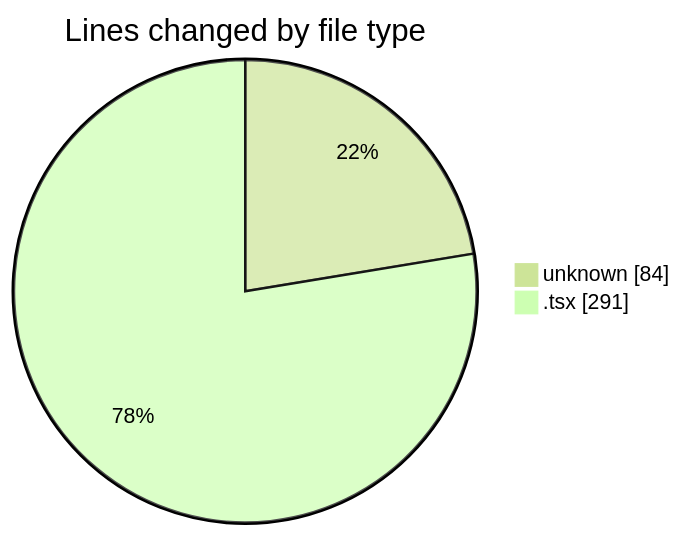
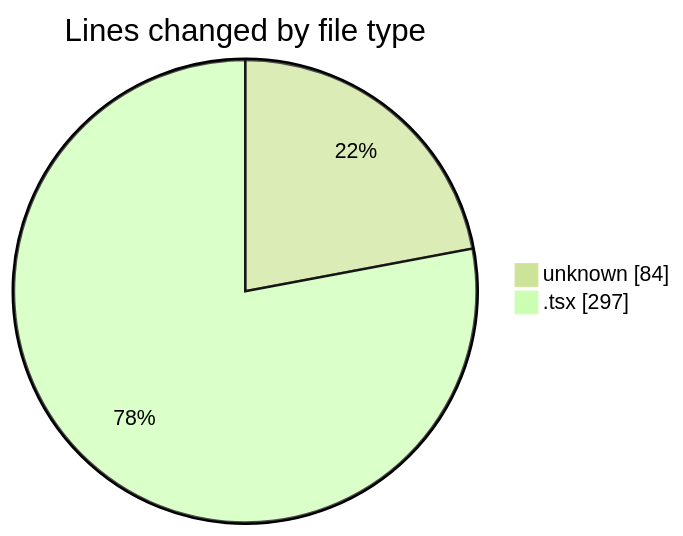
The first of 2 diagrams in 2025-05-15/niten/README.md (Elitesun/code-tracking), drawn with Mermaid (forest theme) before and after one commit. The commit also changed other lines of this file and 1 other file, not shown here.

````diff
--- a/2025-05-15/niten/README.md
+++ b/2025-05-15/niten/README.md
@@ -22,6 +22,6 @@
 ```mermaid
 pie showData
 title Lines changed by file type
 "unknown" : 84
-".tsx" : 291
+".tsx" : 297
 ```
````
